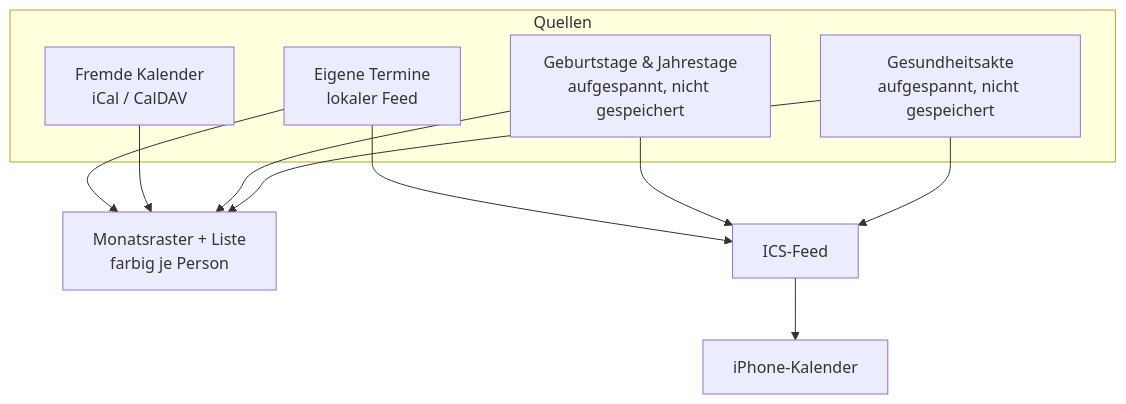
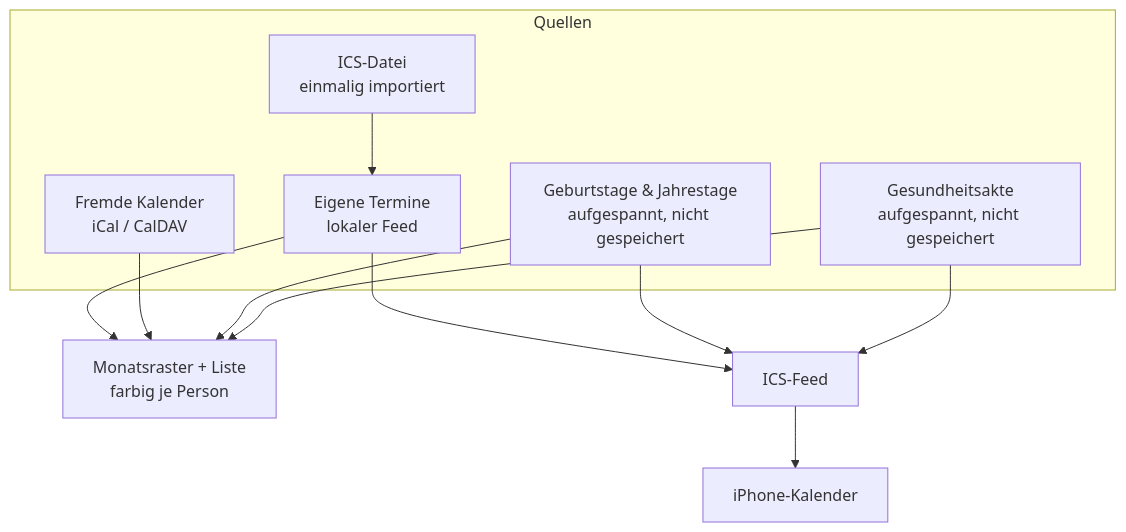
One commit to Nehmo101/UWE changed the diagram in docs/family/kalender.md. Above: the diagram before and after it, drawn with Mermaid. The commit also changed other lines of this file and 16 other files, not shown here.

````diff
--- a/docs/family/kalender.md
+++ b/docs/family/kalender.md
@@ -5,19 +5,21 @@
 ```mermaid
 flowchart TB
   subgraph Quellen
     E["Eigene Termine<br/>lokaler Feed"]
+    I["ICS-Datei<br/>einmalig importiert"]
     F["Fremde Kalender<br/>iCal / CalDAV"]
     G["Geburtstage & Jahrestage<br/>aufgespannt, nicht gespeichert"]
     H["Gesundheitsakte<br/>aufgespannt, nicht gespeichert"]
   end
 
+  I --> E
   E --> V["Monatsraster + Liste<br/>farbig je Person"]
   F --> V
   G --> V
   H --> V
 
   E --> ICS["ICS-Feed"]
   G --> ICS
   H --> ICS
   ICS --> P["iPhone-Kalender"]
 ```
````
